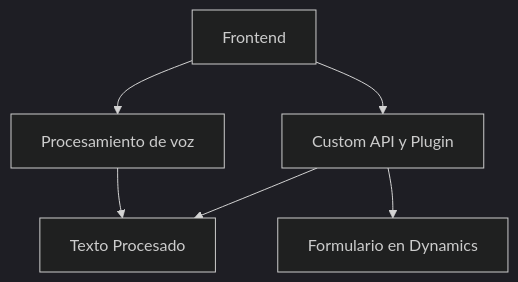
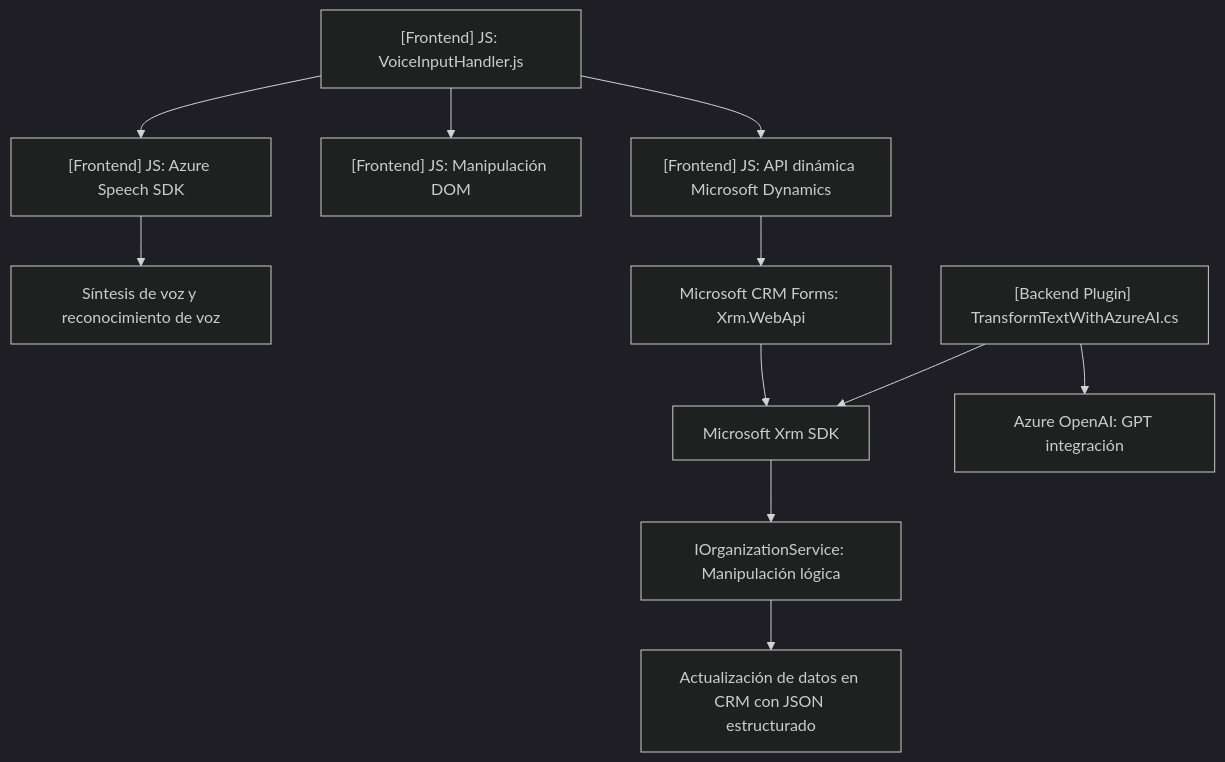
Before and after one commit to blopezdm/NETCORE_BILBAO2025: the diagram in README.md, drawn with Mermaid (dark theme). The commit also changed other lines of this file, not shown here.

Commit message:
Actualizar análisis global de la solución con IA

````diff
--- a/README.md
+++ b/README.md
@@ -53,14 +74,17 @@
 ```mermaid
 graph TD
-    A["Frontend"]
-    B["Backend"]
-    C["Azure OpenAI"]
-    D["Azure Speech SDK"]
-    E["Dynamics 365"]
-    
-    A --> D["Procesamiento de voz"]
-    A --> B["Custom API y Plugin"]
-    B --> C["Transformación IA / GPT"]
-    B --> E["Formulario en Dynamics"]
-    D --> C["Texto Procesado"]
+  A["[Frontend] JS: VoiceInputHandler.js"] --> B["[Frontend] JS: Azure Speech SDK"]
+  A --> C["[Frontend] JS: Manipulación DOM"]
+  
+  B --> D["Síntesis de voz y reconocimiento de voz"]
+  
+  A --> E["[Frontend] JS: API dinámica Microsoft Dynamics"]
+  
+  E --> F["Microsoft CRM Forms: Xrm.WebApi"]
+  
+  G["[Backend Plugin] TransformTextWithAzureAI.cs"] --> H["Microsoft Xrm SDK"]
+  G --> I["Azure OpenAI: GPT integración"]
+  
+  F --> H --> J["IOrganizationService: Manipulación lógica"]
+  J --> K["Actualización de datos en CRM con JSON estructurado"]
 ```
````
